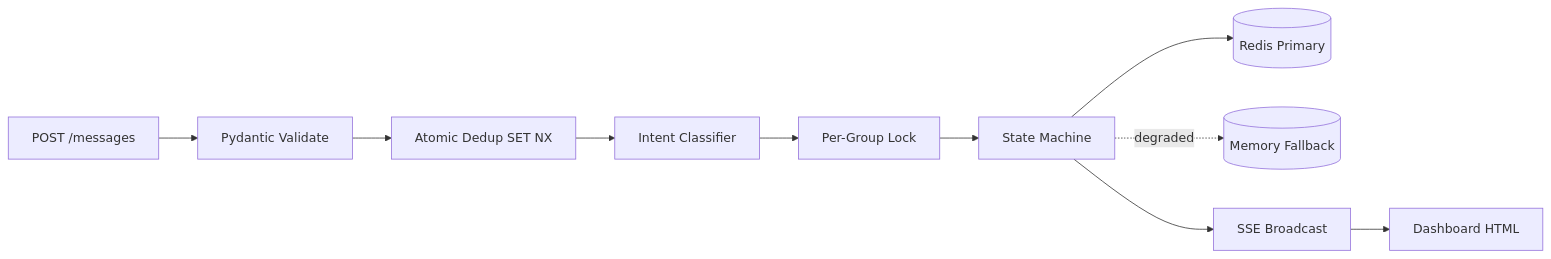
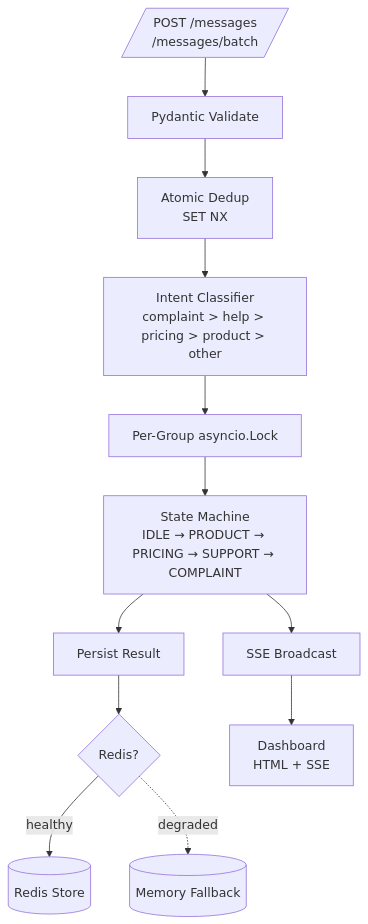
One commit to humingyu234/telegram-intent-processor changed the diagram in README.md. Above: the diagram before and after it, drawn with Mermaid. The commit also changed other lines of this file, not shown here.

Commit message:
fix: clean Mermaid diagram, remove GIF placeholder

````diff
--- a/README.md
+++ b/README.md
@@ -9,12 +9,15 @@
 ```mermaid
-flowchart LR
-    A[POST /messages] --> B[Pydantic Validate]
-    B --> C[Atomic Dedup SET NX]
-    C --> D[Intent Classifier]
-    D --> E[Per-Group Lock]
-    E --> F[State Machine]
-    F --> G[(Redis Primary)]
-    F -.->|degraded| H[(Memory Fallback)]
-    F --> I[SSE Broadcast]
-    I --> J[Dashboard HTML]
+flowchart TD
+    API[/"POST /messages<br/>/messages/batch"/]
+    API --> Validate["Pydantic Validate"]
+    Validate --> Dedup["Atomic Dedup<br/>SET NX"]
+    Dedup --> Classify["Intent Classifier<br/>complaint > help > pricing > product > other"]
+    Classify --> Lock["Per-Group asyncio.Lock"]
+    Lock --> State["State Machine<br/>IDLE → PRODUCT → PRICING → SUPPORT → COMPLAINT"]
+    State --> Persist["Persist Result"]
+    Persist --> Redis{"Redis?"}
+    Redis -->|healthy| Red[(Redis Store)]
+    Redis -.->|degraded| Mem[(Memory Fallback)]
+    State --> SSE["SSE Broadcast"]
+    SSE --> Dash["Dashboard<br/>HTML + SSE"]
 ```
````
